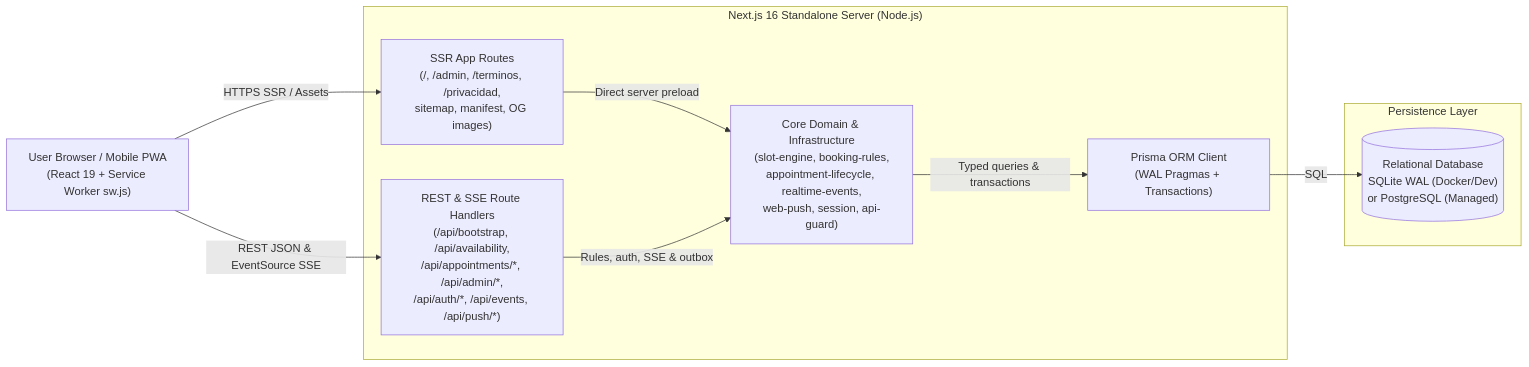
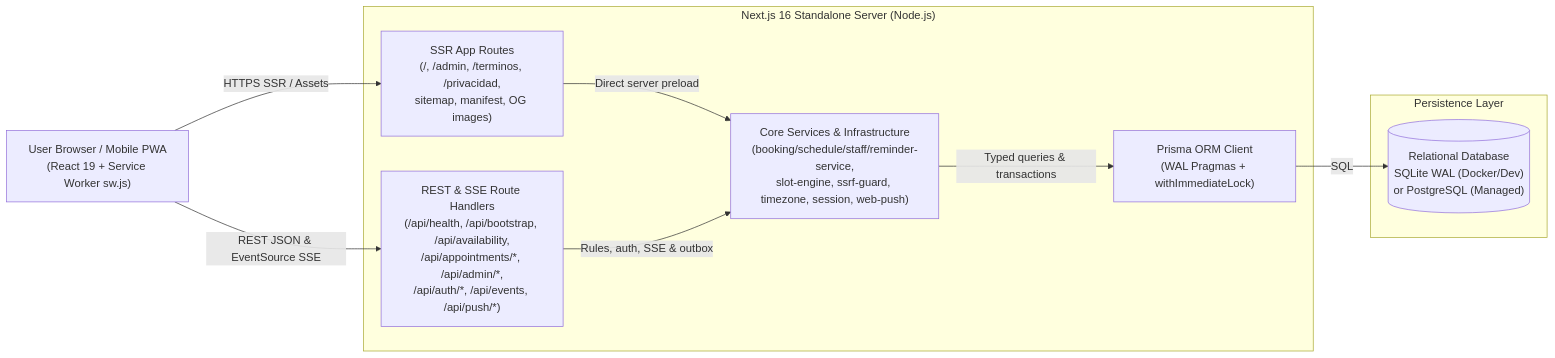
One commit to cristianarando/reservation-microsystem changed the second of 3 diagrams in docs/ARCHITECTURE.md. Above: the diagram before and after it, drawn with Mermaid. The commit also changed other lines of this file and 18 other files, not shown here.

````diff
--- a/docs/ARCHITECTURE.md
+++ b/docs/ARCHITECTURE.md
@@ -36,22 +36,22 @@
 ```mermaid
 flowchart LR
     Browser["User Browser / Mobile PWA\n(React 19 + Service Worker sw.js)"]
 
     subgraph NextServer["Next.js 16 Standalone Server (Node.js)"]
         SSRPages["SSR App Routes\n(/, /admin, /terminos, /privacidad,\nsitemap, manifest, OG images)"]
-        APIRoutes["REST & SSE Route Handlers\n(/api/bootstrap, /api/availability,\n/api/appointments/*, /api/admin/*,\n/api/auth/*, /api/events, /api/push/*)"]
-        DomainLib["Core Domain & Infrastructure\n(slot-engine, booking-rules,\nappointment-lifecycle, realtime-events,\nweb-push, session, api-guard)"]
-        PrismaORM["Prisma ORM Client\n(WAL Pragmas + Transactions)"]
+        APIRoutes["REST & SSE Route Handlers\n(/api/health, /api/bootstrap, /api/availability,\n/api/appointments/*, /api/admin/*,\n/api/auth/*, /api/events, /api/push/*)"]
+        DomainLib["Core Services & Infrastructure\n(booking/schedule/staff/reminder-service,\nslot-engine, ssrf-guard, timezone, session, web-push)"]
+        PrismaORM["Prisma ORM Client\n(WAL Pragmas + withImmediateLock)"]
     end
 
     subgraph DataStore["Persistence Layer"]
         DB[("Relational Database\nSQLite WAL (Docker/Dev)\nor PostgreSQL (Managed)")]
     end
 
     Browser -->|"HTTPS SSR / Assets"| SSRPages
     Browser -->|"REST JSON & EventSource SSE"| APIRoutes
     SSRPages -->|"Direct server preload"| DomainLib
     APIRoutes -->|"Rules, auth, SSE & outbox"| DomainLib
     DomainLib -->|"Typed queries & transactions"| PrismaORM
     PrismaORM -->|"SQL"| DB
 ```
````
